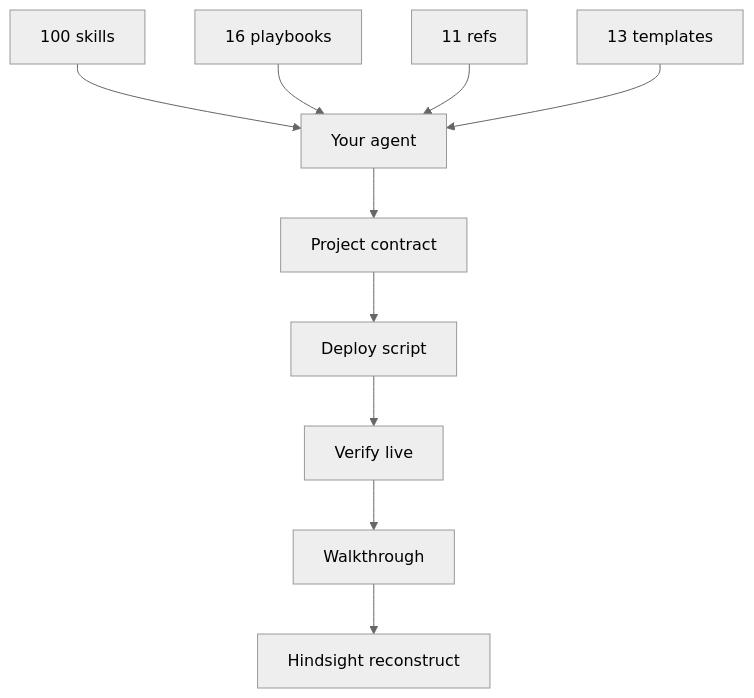
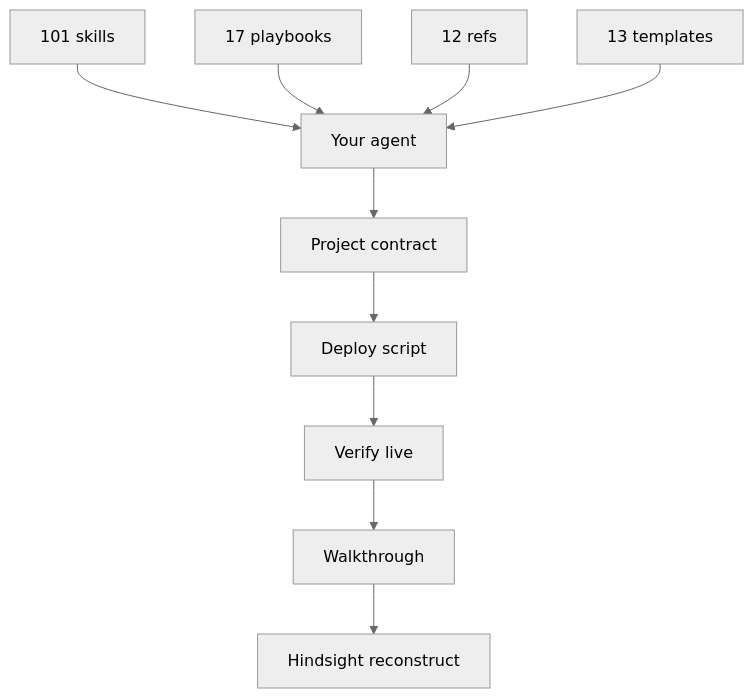
Before and after one commit to Nonarkara/dr-non-vibecoding-skills: the third of 3 diagrams in README.md, drawn with Mermaid (neutral theme). The commit also changed other lines of this file and 4 other files, not shown here.

````diff
--- a/README.md
+++ b/README.md
@@ -372,12 +375,12 @@
 ```mermaid
 flowchart TB
-  S["100 skills"] --> A["Your agent"]
-  P["16 playbooks"] --> A
-  R["11 refs"] --> A
+  S["101 skills"] --> A["Your agent"]
+  P["17 playbooks"] --> A
+  R["12 refs"] --> A
   T["13 templates"] --> A
   A --> W["Project contract"]
   W --> D["Deploy script"]
   D --> V["Verify live"]
   V --> H["Walkthrough"]
   H --> L["Hindsight reconstruct"]
 ```
````
